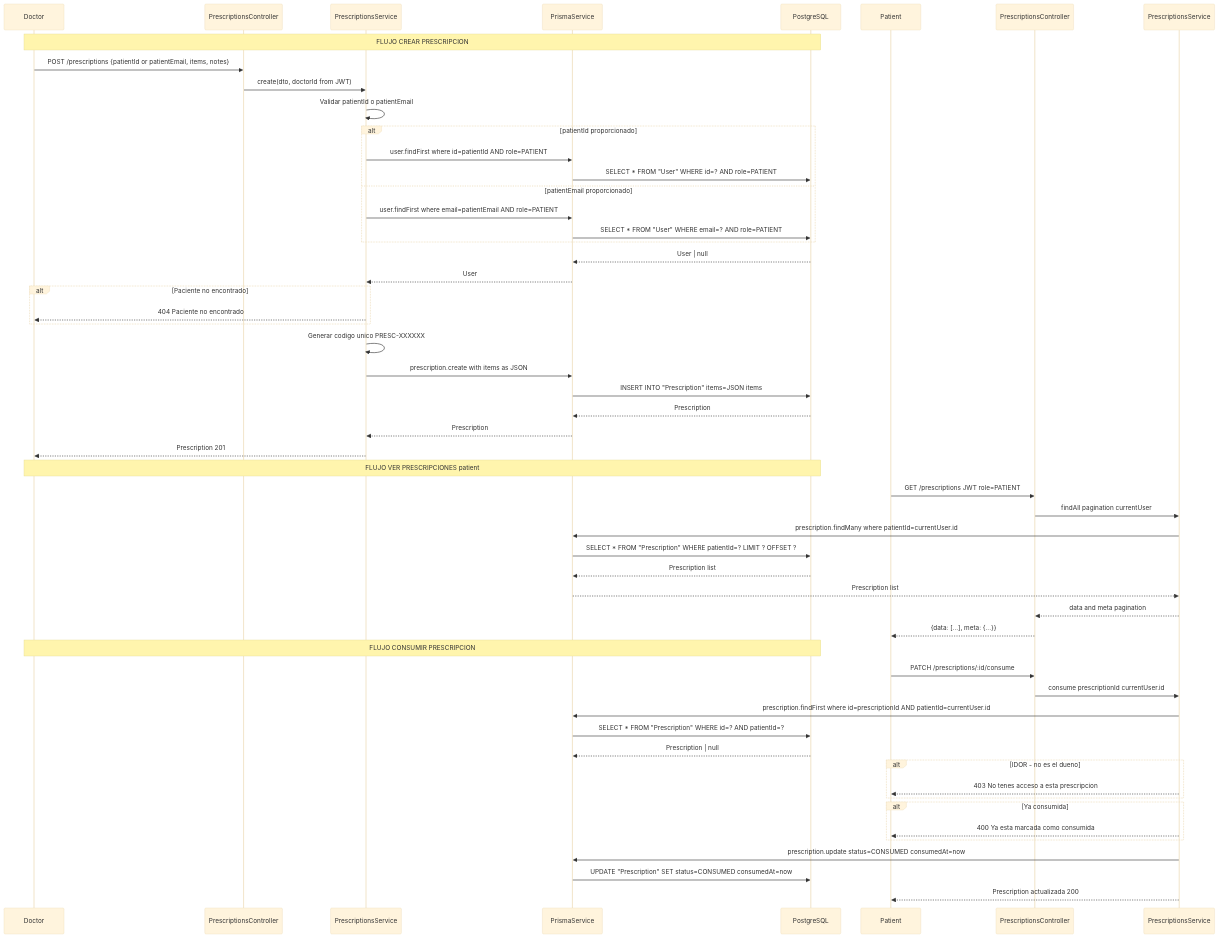
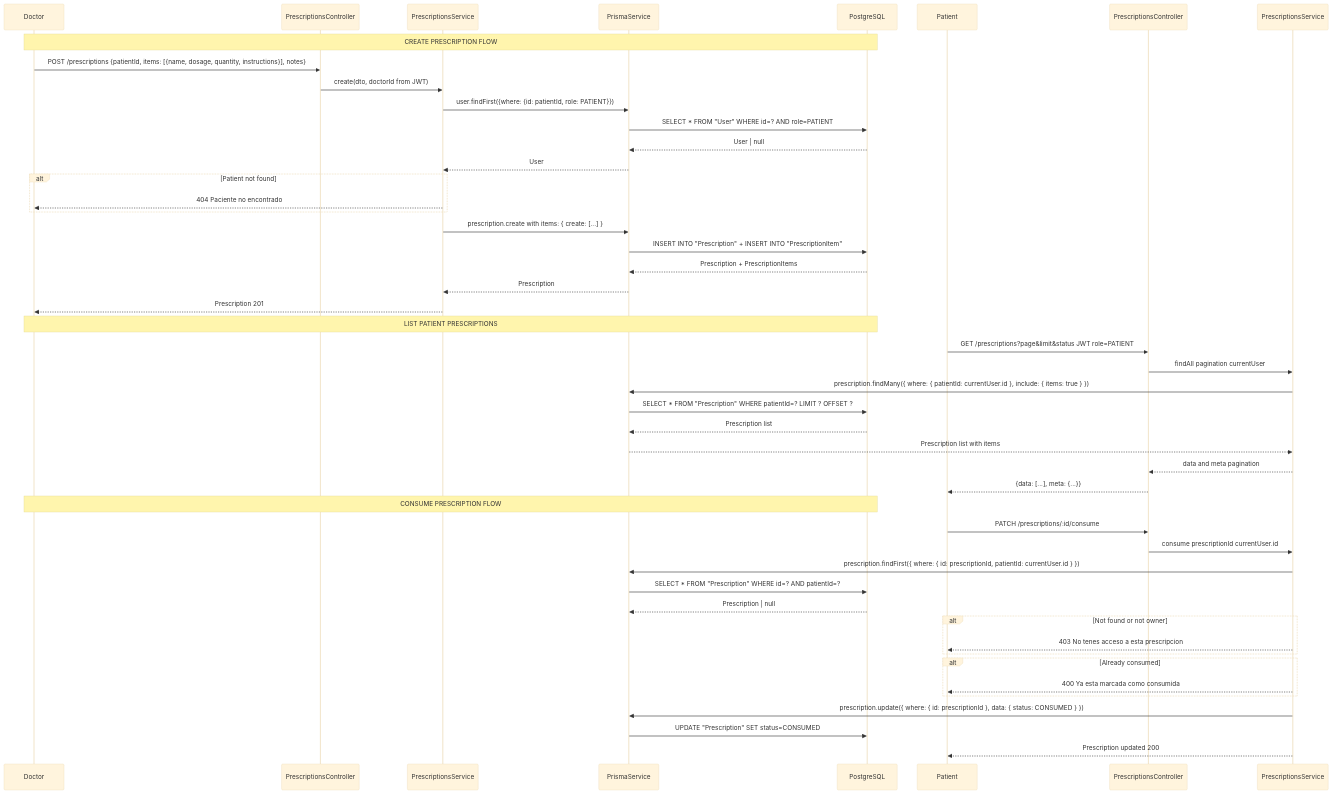
The diagram in docs/diagrams/04-flujo-prescription.mmd (CristianMz21/prescriptions-app-backend), drawn with Mermaid before and after one commit. The commit also changed 76 other files, not shown here.

Commit message:
refactor: normalize prescription items, add Swagger decorators and guards

```diff
--- a/docs/diagrams/04-flujo-prescription.mmd
+++ b/docs/diagrams/04-flujo-prescription.mmd
@@ -1,67 +1,56 @@
 %%{init: {"theme": "base", "themeVariables": {"fontSize": "18px"}}}%%
 sequenceDiagram
     participant D as Doctor
     participant PC as PrescriptionsController
     participant PS as PrescriptionsService
     participant PR as PrismaService
     participant DB as PostgreSQL
 
-    Note over D,DB: FLUJO CREAR PRESCRIPCION
+    Note over D,DB: CREATE PRESCRIPTION FLOW
 
-    D->>PC: POST /prescriptions {patientId or patientEmail, items, notes}
+    D->>PC: POST /prescriptions {patientId, items: [{name, dosage, quantity, instructions}], notes}
     PC->>PS: create(dto, doctorId from JWT)
-    PS->>PS: Validar patientId o patientEmail
-
-    alt patientId proporcionado
-        PS->>PR: user.findFirst where id=patientId AND role=PATIENT
-        PR->>DB: SELECT * FROM "User" WHERE id=? AND role=PATIENT
-    else patientEmail proporcionado
-        PS->>PR: user.findFirst where email=patientEmail AND role=PATIENT
-        PR->>DB: SELECT * FROM "User" WHERE email=? AND role=PATIENT
-    end
-
+    PS->>PR: user.findFirst({where: {id: patientId, role: PATIENT}})
+    PR->>DB: SELECT * FROM "User" WHERE id=? AND role=PATIENT
     DB-->>PR: User | null
     PR-->>PS: User
-
-    alt Paciente no encontrado
+    alt Patient not found
         PS-->>D: 404 Paciente no encontrado
     end
-
-    PS->>PS: Generar codigo unico PRESC-XXXXXX
-    PS->>PR: prescription.create with items as JSON
-    PR->>DB: INSERT INTO "Prescription" items=JSON items
-    DB-->>PR: Prescription
+    PS->>PR: prescription.create with items: { create: [...] }
+    PR->>DB: INSERT INTO "Prescription" + INSERT INTO "PrescriptionItem"
+    DB-->>PR: Prescription + PrescriptionItems
     PR-->>PS: Prescription
     PS-->>D: Prescription 201
 
-    Note over D,DB: FLUJO VER PRESCRIPCIONES patient
+    Note over D,DB: LIST PATIENT PRESCRIPTIONS
 
     participant Pt as Patient
     participant PtC as PrescriptionsController
     participant PtS as PrescriptionsService
 
-    Pt->>PtC: GET /prescriptions JWT role=PATIENT
+    Pt->>PtC: GET /prescriptions?page&limit&status JWT role=PATIENT
     PtC->>PtS: findAll pagination currentUser
-    PtS->>PR: prescription.findMany where patientId=currentUser.id
+    PtS->>PR: prescription.findMany({ where: { patientId: currentUser.id }, include: { items: true } })
     PR->>DB: SELECT * FROM "Prescription" WHERE patientId=? LIMIT ? OFFSET ?
     DB-->>PR: Prescription list
-    PR-->>PtS: Prescription list
+    PR-->>PtS: Prescription list with items
     PtS-->>PtC: data and meta pagination
     PtC-->>Pt: {data: [...], meta: {...}}
 
-    Note over D,DB: FLUJO CONSUMIR PRESCRIPCION
+    Note over D,DB: CONSUME PRESCRIPTION FLOW
 
     Pt->>PtC: PATCH /prescriptions/:id/consume
     PtC->>PtS: consume prescriptionId currentUser.id
-    PtS->>PR: prescription.findFirst where id=prescriptionId AND patientId=currentUser.id
+    PtS->>PR: prescription.findFirst({ where: { id: prescriptionId, patientId: currentUser.id } })
     PR->>DB: SELECT * FROM "Prescription" WHERE id=? AND patientId=?
     DB-->>PR: Prescription | null
-    alt IDOR - no es el dueno
+    alt Not found or not owner
         PtS-->>Pt: 403 No tenes acceso a esta prescripcion
     end
-    alt Ya consumida
+    alt Already consumed
         PtS-->>Pt: 400 Ya esta marcada como consumida
     end
-    PtS->>PR: prescription.update status=CONSUMED consumedAt=now
-    PR->>DB: UPDATE "Prescription" SET status=CONSUMED consumedAt=now
-    PtS-->>Pt: Prescription actualizada 200
+    PtS->>PR: prescription.update({ where: { id: prescriptionId }, data: { status: CONSUMED } })
+    PR->>DB: UPDATE "Prescription" SET status=CONSUMED
+    PtS-->>Pt: Prescription updated 200
```
